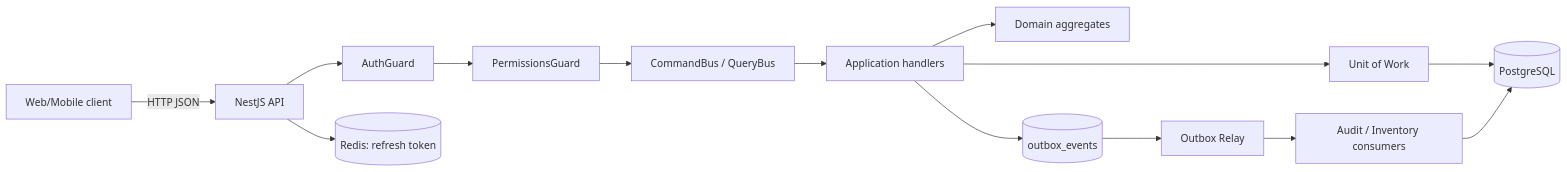
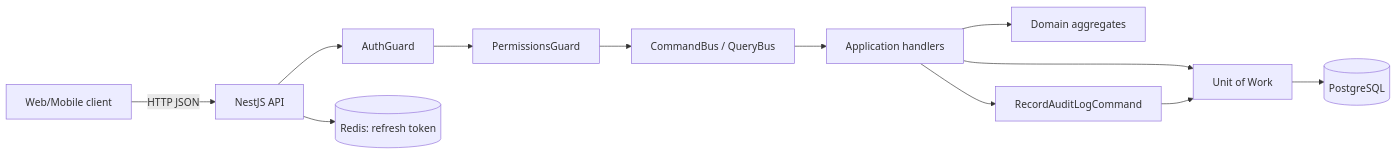
One commit to pham-dinh-thai/pharmacy-otc changed the first of 4 diagrams in docs/architecture.md. Above: the diagram before and after it, drawn with Mermaid. The commit also changed other lines of this file and 182 other files, not shown here.

````diff
--- a/docs/architecture.md
+++ b/docs/architecture.md
@@ -9,16 +10,14 @@
 ```mermaid
 flowchart LR
     Client[Web/Mobile client] -->|HTTP JSON| API[NestJS API]
     API --> Auth[AuthGuard]
     Auth --> Perm[PermissionsGuard]
     Perm --> CQRS[CommandBus / QueryBus]
     CQRS --> App[Application handlers]
     App --> Domain[Domain aggregates]
     App --> UoW[Unit of Work]
     UoW --> PG[(PostgreSQL)]
-    App --> Outbox[(outbox_events)]
-    Outbox --> Relay[Outbox Relay]
-    Relay --> Consumers[Audit / Inventory consumers]
-    Consumers --> PG
+    App --> AuditCmd[RecordAuditLogCommand]
+    AuditCmd --> UoW
     API --> Redis[(Redis: refresh token)]
 ```
````
